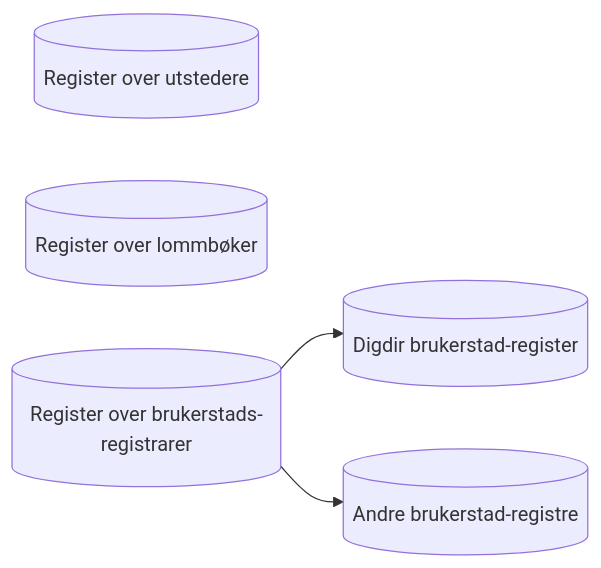
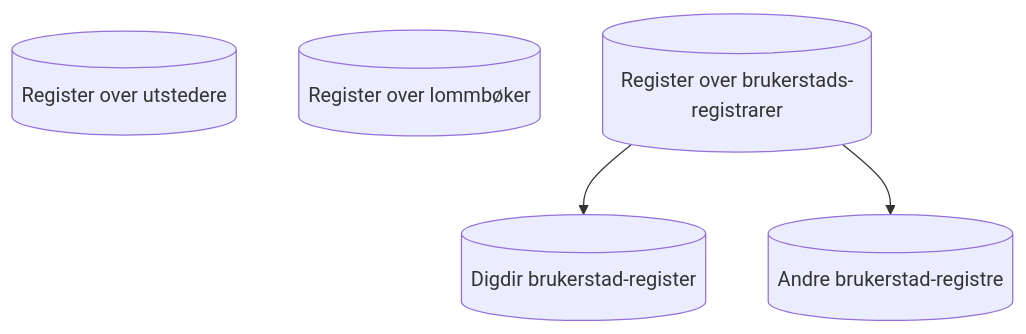
Before and after one commit to felleslosninger/docs: the diagram in _docs/lommebok/lommebok_tillitsrammeverk.md, drawn with Mermaid.

```diff
--- a/_docs/lommebok/lommebok_tillitsrammeverk.md
+++ b/_docs/lommebok/lommebok_tillitsrammeverk.md
@@ -13,11 +13,11 @@
 <div class="mermaid">
-graph LR
+graph
   TLI[(Register over utstedere)]
   TLW[(Register over lommbøker)]
   TLRP[(Register over brukerstads-registrarer)]
   DRPR[(Digdir brukerstad-register)]
   RPR[(Andre brukerstad-registre)]
 
 TLRP --> DRPR
 TLRP --> RPR
 </div>
```
